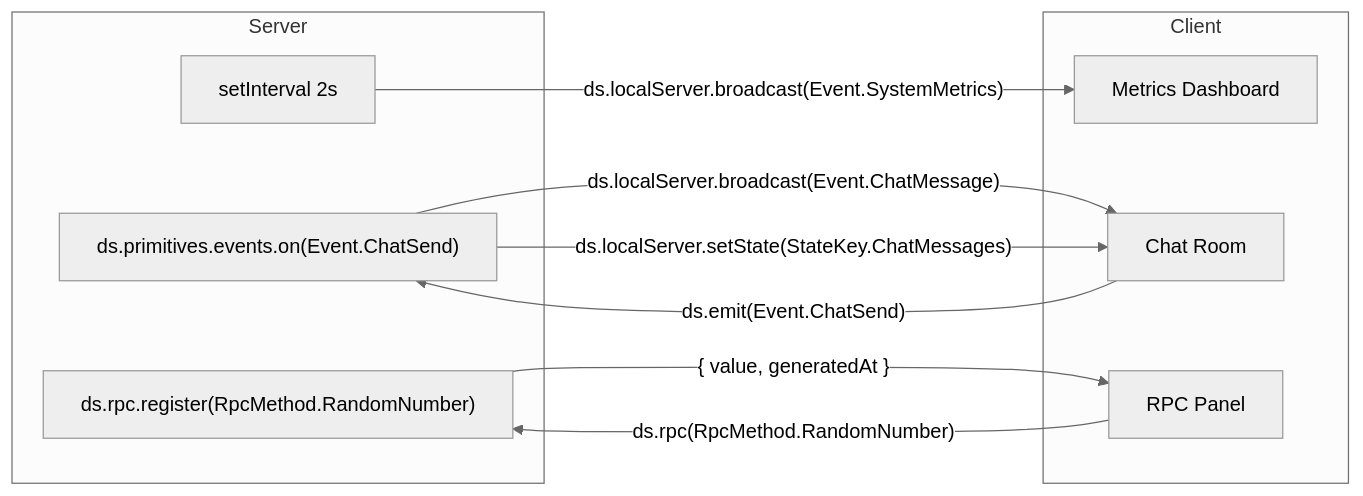
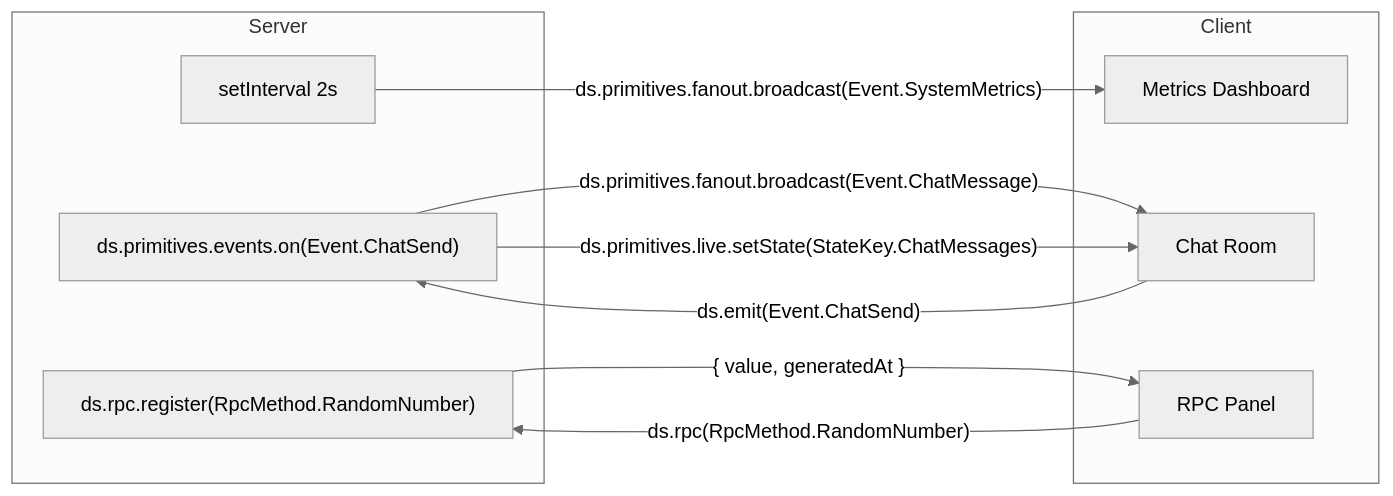
One commit to mayanklahiri/datasole changed the first of 4 diagrams in docs/demos.md. Above: the diagram before and after it, drawn with Mermaid (neutral theme). The commit also changed other lines of this file and 66 other files, not shown here.

First line of the commit message:
architecture: decompose server into composable layers [ADR-012]

````diff
--- a/docs/demos.md
+++ b/docs/demos.md
@@ -25,19 +25,19 @@
 ```mermaid
 flowchart LR
   subgraph server [Server]
     metrics["setInterval 2s"]
     chatHandler["ds.primitives.events.on(Event.ChatSend)"]
     rpcHandler["ds.rpc.register(RpcMethod.RandomNumber)"]
   end
   subgraph client [Client]
     metricsDash[Metrics Dashboard]
     chatRoom[Chat Room]
     rpcDemo[RPC Panel]
   end
-  metrics -->|"ds.localServer.broadcast(Event.SystemMetrics)"| metricsDash
+  metrics -->|"ds.primitives.fanout.broadcast(Event.SystemMetrics)"| metricsDash
   chatRoom -->|"ds.emit(Event.ChatSend)"| chatHandler
-  chatHandler -->|"ds.localServer.broadcast(Event.ChatMessage)"| chatRoom
-  chatHandler -->|"ds.localServer.setState(StateKey.ChatMessages)"| chatRoom
+  chatHandler -->|"ds.primitives.fanout.broadcast(Event.ChatMessage)"| chatRoom
+  chatHandler -->|"ds.primitives.live.setState(StateKey.ChatMessages)"| chatRoom
   rpcDemo -->|"ds.rpc(RpcMethod.RandomNumber)"| rpcHandler
   rpcHandler -->|"{ value, generatedAt }"| rpcDemo
 ```
````
